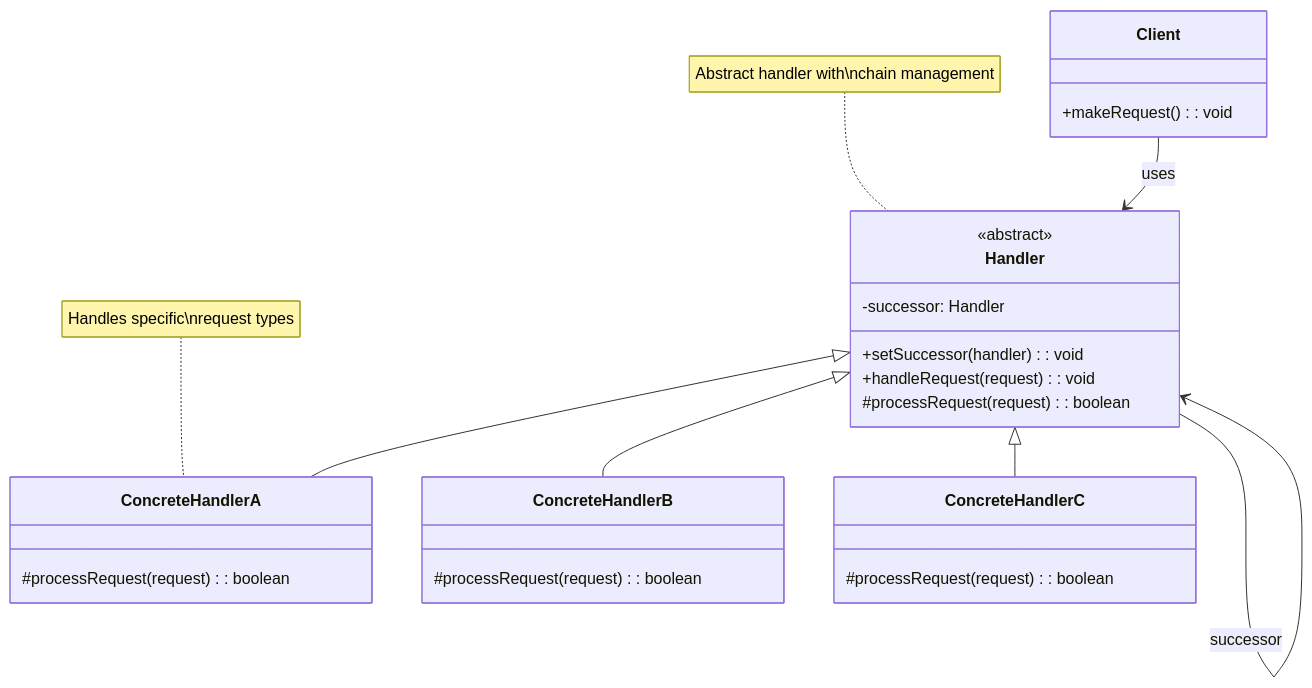
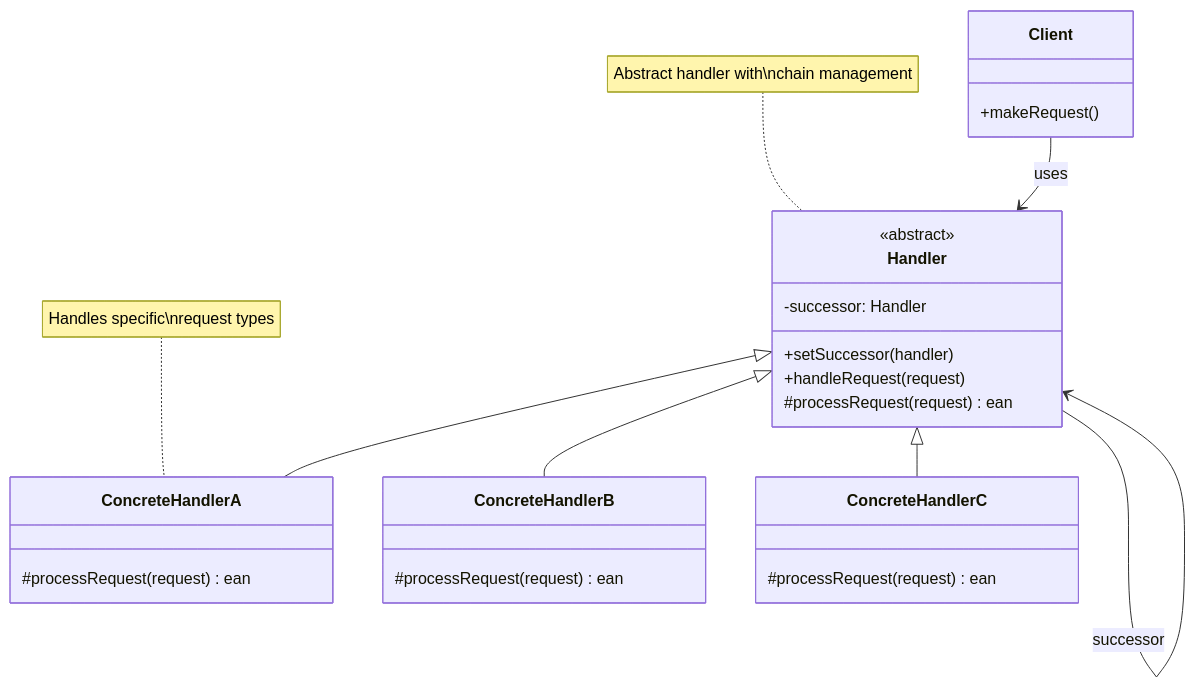
Before and after one commit to fanly/DesignPattern: the first of 4 diagrams in resources/design-patterns/laravel/behavioral/chain_of_responsibility_en.md, drawn with Mermaid. The commit also changed other lines of this file and 103 other files, not shown here.

````diff
--- a/resources/design-patterns/laravel/behavioral/chain_of_responsibility_en.md
+++ b/resources/design-patterns/laravel/behavioral/chain_of_responsibility_en.md
@@ -10,35 +10,35 @@
 ```mermaid
 classDiagram
     class Handler {
         <<abstract>>
         -successor: Handler
-        +setSuccessor(handler): void
-        +handleRequest(request): void
-        #processRequest(request): boolean
+        +setSuccessor(handler)
+        +handleRequest(request)
+        #processRequest(request)ean
     }
     
     class ConcreteHandlerA {
-        #processRequest(request): boolean
+        #processRequest(request)ean
     }
     
     class ConcreteHandlerB {
-        #processRequest(request): boolean
+        #processRequest(request)ean
     }
     
     class ConcreteHandlerC {
-        #processRequest(request): boolean
+        #processRequest(request)ean
     }
     
     class Client {
-        +makeRequest(): void
+        +makeRequest()
     }
     
     Handler <|-- ConcreteHandlerA
     Handler <|-- ConcreteHandlerB
     Handler <|-- ConcreteHandlerC
     Handler --> Handler : successor
     Client --> Handler : uses
     
     note for Handler "Abstract handler with\nchain management"
     note for ConcreteHandlerA "Handles specific\nrequest types"
 ```
````
